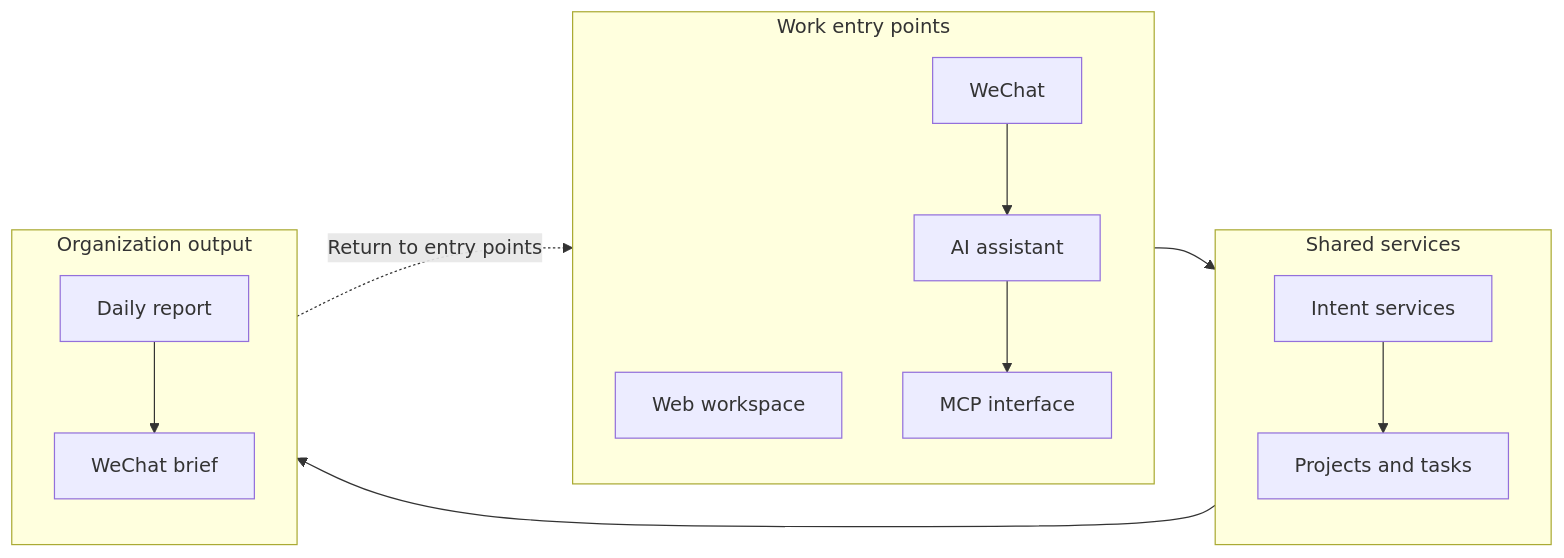
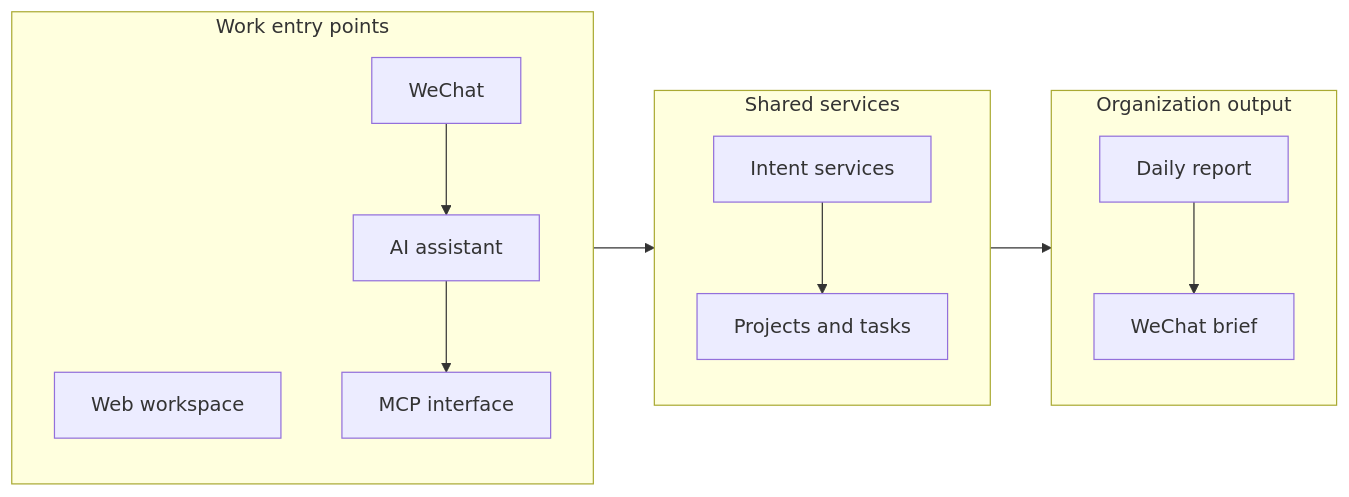
Before and after one commit to cytlabs/personal-site: the second of 2 diagrams in content/en/cases/intent.md, drawn with Mermaid. The commit also changed 8 other files, not shown here.

Commit message:
完善图表阅读顺序与语义换行

````diff
--- a/content/en/cases/intent.md
+++ b/content/en/cases/intent.md
@@ -42,18 +42,17 @@
 ```mermaid
 flowchart LR
     subgraph ENTRY["Work entry points"]
         direction TB
         W["Web workspace"]
         C["WeChat"] --> A["AI assistant"] --> M["MCP interface"]
     end
     subgraph SERVICE["Shared services"]
         direction TB
         S["Intent services"] --> D["Projects and tasks"]
     end
     subgraph REPORT["Organization output"]
         direction TB
         R["Daily report"] --> N["WeChat brief"]
     end
     ENTRY --> SERVICE --> REPORT
-    REPORT -.->|Return to entry points| ENTRY
 ```
````
